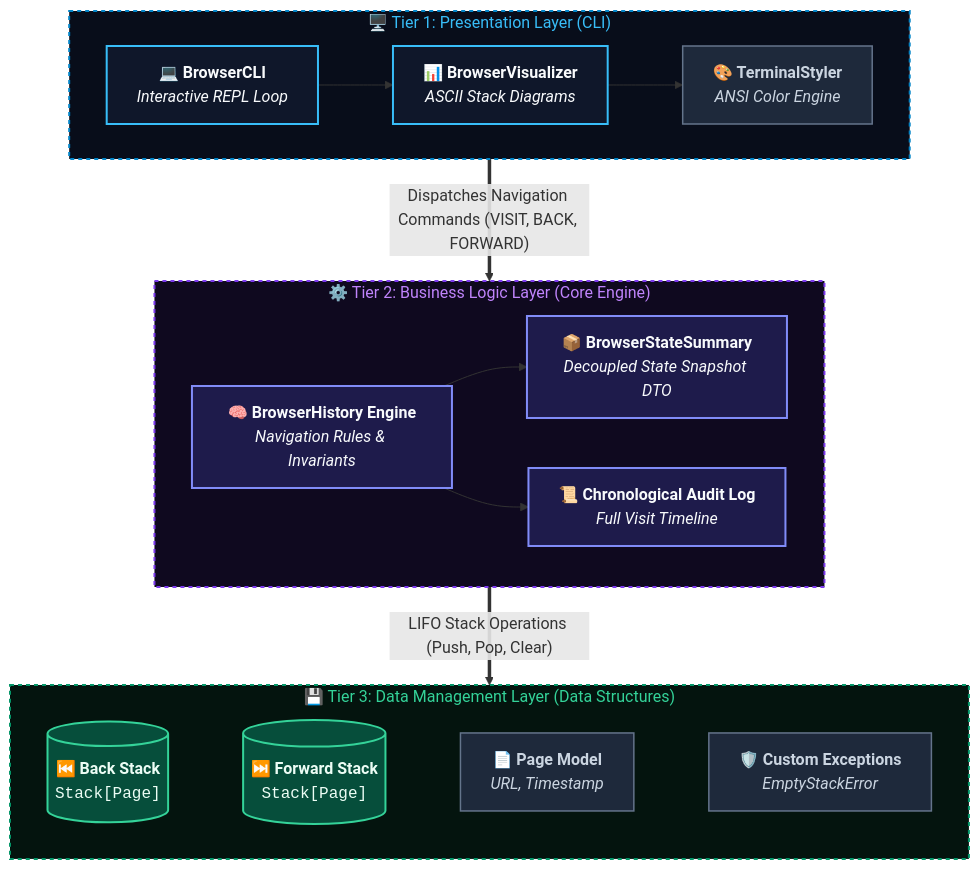
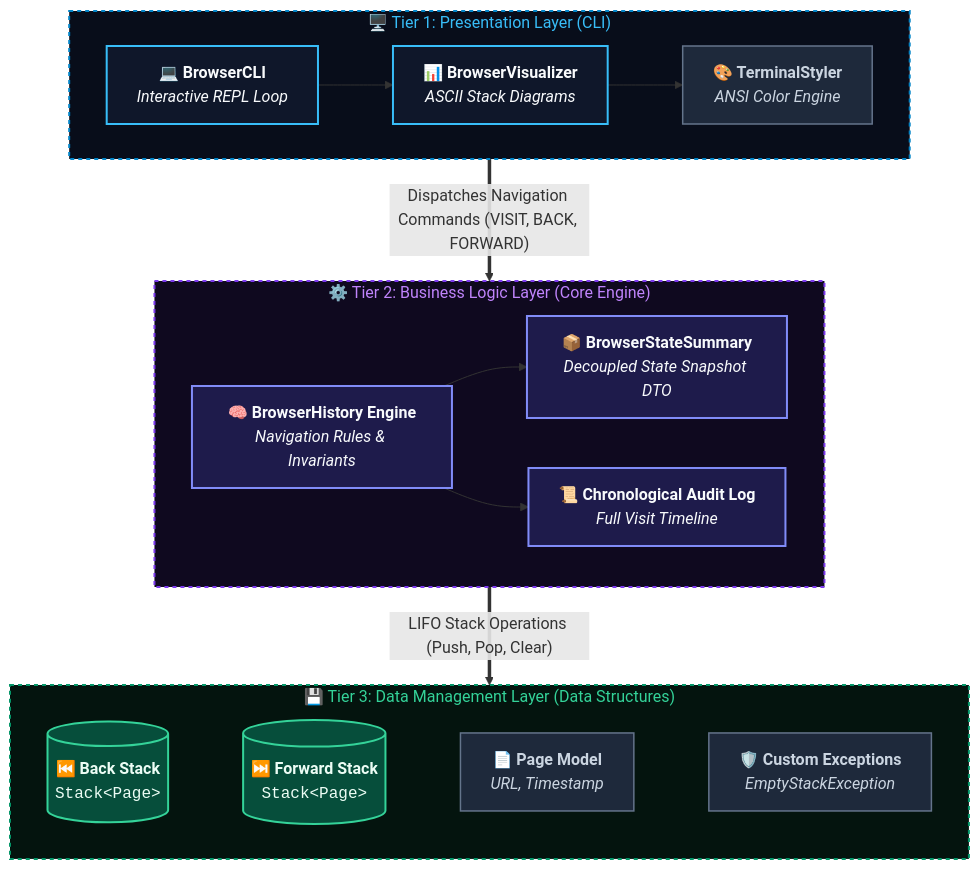
One commit to Saip55/ds_mini-project changed the diagram in README.md. Above: the diagram before and after it, drawn with Mermaid. The commit also changed other lines of this file and 31 other files, not shown here.

````diff
--- a/README.md
+++ b/README.md
@@ -32,60 +34,60 @@
 ```mermaid
 flowchart TD
     %% ==========================================
     %% TIER 1: PRESENTATION LAYER
     %% ==========================================
     subgraph T1 ["🖥️ Tier 1: Presentation Layer (CLI)"]
         direction LR
         CLI["💻 <b>BrowserCLI</b><br/><i>Interactive REPL Loop</i>"]
         VIS["📊 <b>BrowserVisualizer</b><br/><i>ASCII Stack Diagrams</i>"]
         STY["🎨 <b>TerminalStyler</b><br/><i>ANSI Color Engine</i>"]
         CLI --> VIS
         VIS --> STY
     end
 
     %% ==========================================
     %% TIER 2: BUSINESS LOGIC LAYER
     %% ==========================================
     subgraph T2 ["⚙️ Tier 2: Business Logic Layer (Core Engine)"]
         direction LR
         BH["🧠 <b>BrowserHistory Engine</b><br/><i>Navigation Rules & Invariants</i>"]
         DTO["📦 <b>BrowserStateSummary</b><br/><i>Decoupled State Snapshot DTO</i>"]
         LOG["📜 <b>Chronological Audit Log</b><br/><i>Full Visit Timeline</i>"]
         BH --> DTO
         BH --> LOG
     end
 
     %% ==========================================
     %% TIER 3: DATA MANAGEMENT LAYER
     %% ==========================================
     subgraph T3 ["💾 Tier 3: Data Management Layer (Data Structures)"]
         direction LR
-        BSTK[("⏮️ <b>Back Stack</b><br/><code>Stack[Page]</code>")]
-        FSTK[("⏭️ <b>Forward Stack</b><br/><code>Stack[Page]</code>")]
+        BSTK[("⏮️ <b>Back Stack</b><br/><code>Stack&lt;Page&gt;</code>")]
+        FSTK[("⏭️ <b>Forward Stack</b><br/><code>Stack&lt;Page&gt;</code>")]
         MOD["📄 <b>Page Model</b><br/><i>URL, Timestamp</i>"]
-        EXC["🛡️ <b>Custom Exceptions</b><br/><i>EmptyStackError</i>"]
+        EXC["🛡️ <b>Custom Exceptions</b><br/><i>EmptyStackException</i>"]
         BSTK ~~~ FSTK
         FSTK ~~~ MOD
         MOD ~~~ EXC
     end
 
     %% Direct Subgraph Flow (Forces Strict Vertical Stacking)
     T1 ==>|"Dispatches Navigation Commands (VISIT, BACK, FORWARD)"| T2
     T2 ==>|"LIFO Stack Operations (Push, Pop, Clear)"| T3
 
     %% Premium Modern Styling
     classDef presTier fill:#0f172a,stroke:#38bdf8,stroke-width:2px,color:#f8fafc;
     classDef bizTier fill:#1e1b4b,stroke:#818cf8,stroke-width:2px,color:#f8fafc;
     classDef stackTier fill:#064e3b,stroke:#34d399,stroke-width:2px,color:#ecfdf5;
     classDef auxTier fill:#1e293b,stroke:#64748b,stroke-width:1.5px,color:#cbd5e1;
 
     class CLI,VIS presTier;
     class STY auxTier;
     class BH,DTO,LOG bizTier;
     class BSTK,FSTK stackTier;
     class MOD,EXC auxTier;
 
     style T1 fill:#080d1a,stroke:#0284c7,stroke-width:2px,stroke-dasharray: 4 4,color:#38bdf8;
     style T2 fill:#0f091f,stroke:#7c3aed,stroke-width:2px,stroke-dasharray: 4 4,color:#c084fc;
     style T3 fill:#04140e,stroke:#059669,stroke-width:2px,stroke-dasharray: 4 4,color:#34d399;
 ```
````
